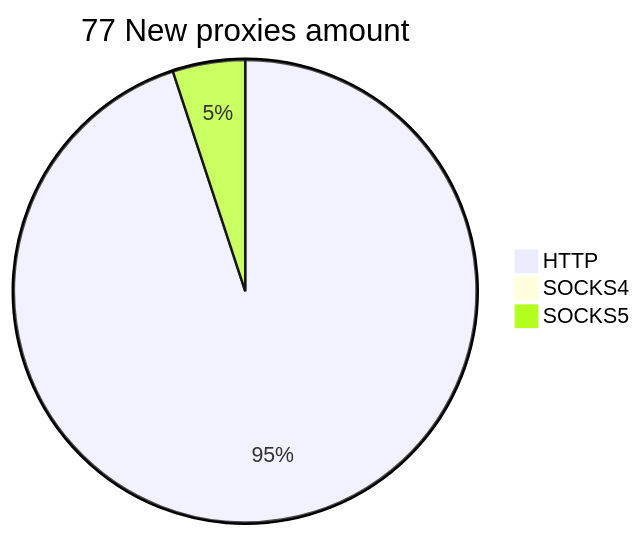
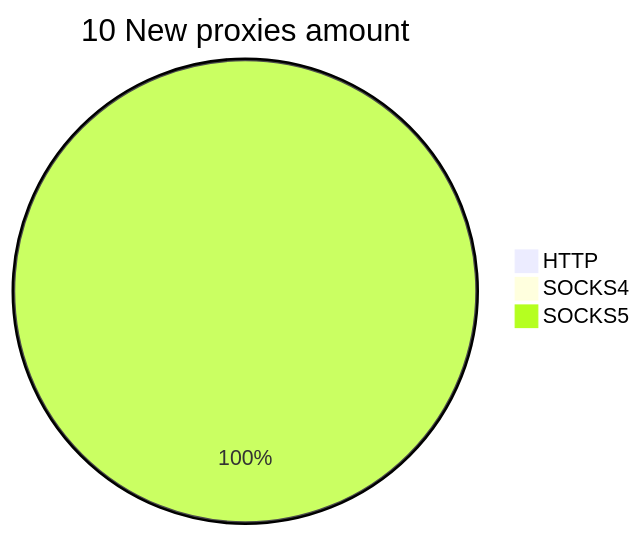
Before and after one commit to cutipu/proxylist: the second of 2 diagrams in README.md, drawn with Mermaid. The commit also changed other lines of this file, not shown here.

````diff
--- a/README.md
+++ b/README.md
@@ -10,6 +10,6 @@
 ```mermaid
-pie title 77 New proxies amount
-    "HTTP" : 75
+pie title 10 New proxies amount
+    "HTTP" : 0
     "SOCKS4" : 0
-    "SOCKS5" : 4
+    "SOCKS5" : 12
 ```
````
